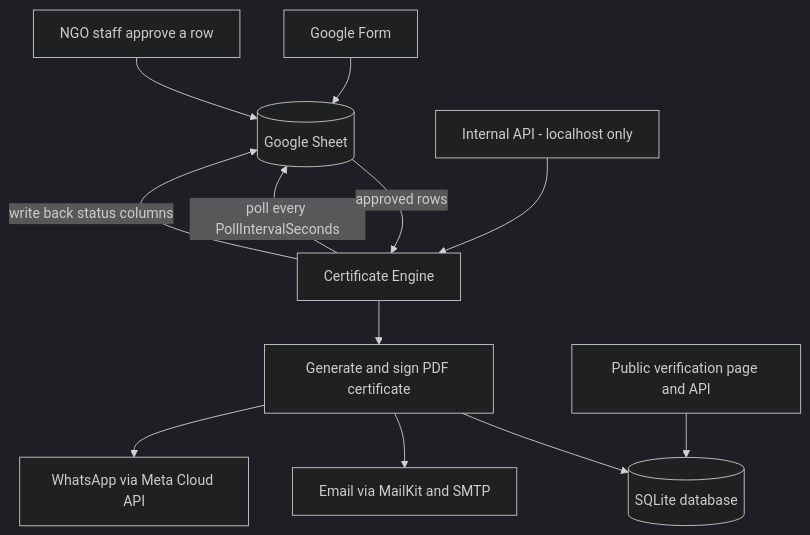
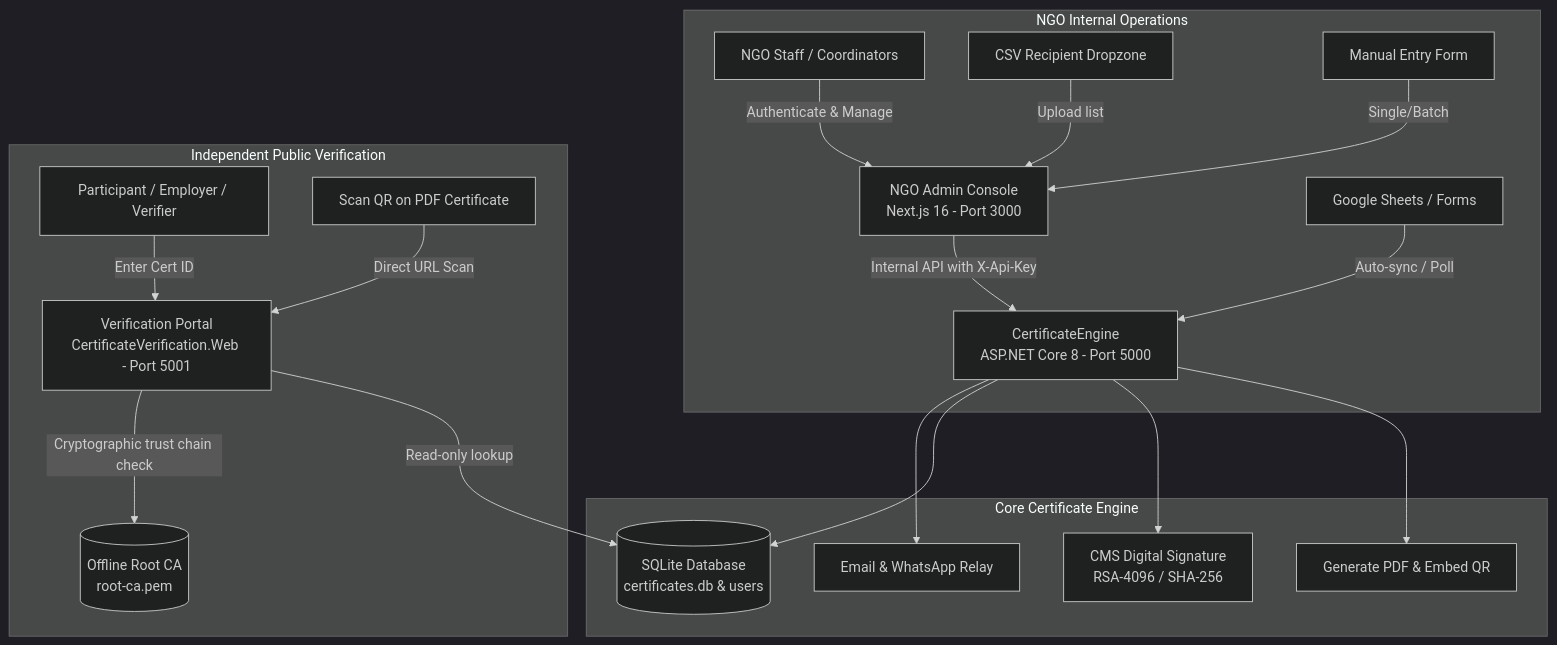
The diagram in README.md (ashwiniyadav0207/CertificateManagementSystem), drawn with Mermaid (dark theme) before and after one commit. The commit also changed other lines of this file and 26 other files, not shown here.

First line of the commit message:
feat(ui): streamline platform into single NGO admin console and independent verification portal

````diff
--- a/README.md
+++ b/README.md
@@ -20,14 +13,32 @@
 ```mermaid
 flowchart TD
-    Form[Google Form] --> Sheet[(Google Sheet)]
-    Staff[NGO staff approve a row] --> Sheet
-    Engine[Certificate Engine] -->|poll every PollIntervalSeconds| Sheet
-    Sheet -->|approved rows| Engine
-    Engine --> Sign[Generate and sign PDF certificate]
-    Sign --> DB[(SQLite database)]
-    Sign --> Email[Email via MailKit and SMTP]
-    Sign --> WhatsApp[WhatsApp via Meta Cloud API]
-    Engine -->|write back status columns| Sheet
-    Public[Public verification page and API] --> DB
-    Internal[Internal API - localhost only] --> Engine
+    subgraph NGO ["NGO Internal Operations"]
+        Staff[NGO Staff / Coordinators]
+        AdminUI[NGO Admin Console<br/>Next.js 16 - Port 3000]
+        Staff -->|Authenticate & Manage| AdminUI
+        CSV[CSV Recipient Dropzone] -->|Upload list| AdminUI
+        Manual[Manual Entry Form] -->|Single/Batch| AdminUI
+        GSheets[Google Sheets / Forms] -->|Auto-sync / Poll| Engine
+    end
+
+    subgraph Backend ["Core Certificate Engine"]
+        Engine[CertificateEngine<br/>ASP.NET Core 8 - Port 5000]
+        AdminUI -->|Internal API with X-Api-Key| Engine
+        Engine --> PDF[Generate PDF & Embed QR]
+        Engine --> Sign[CMS Digital Signature<br/>RSA-4096 / SHA-256]
+        Engine --> DB[(SQLite Database<br/>certificates.db & users)]
+        Engine --> Delivery[Email & WhatsApp Relay]
+    end
+
+    subgraph PublicPortal ["Independent Public Verification"]
+        Verifier[Participant / Employer / Verifier]
+        QR[Scan QR on PDF Certificate]
+        VerifyWeb[Verification Portal<br/>CertificateVerification.Web - Port 5001]
+        RootCA[(Offline Root CA<br/>root-ca.pem)]
+
+        Verifier -->|Enter Cert ID| VerifyWeb
+        QR -->|Direct URL Scan| VerifyWeb
+        VerifyWeb -->|Read-only lookup| DB
+        VerifyWeb -->|Cryptographic trust chain check| RootCA
+    end
 ```
````
